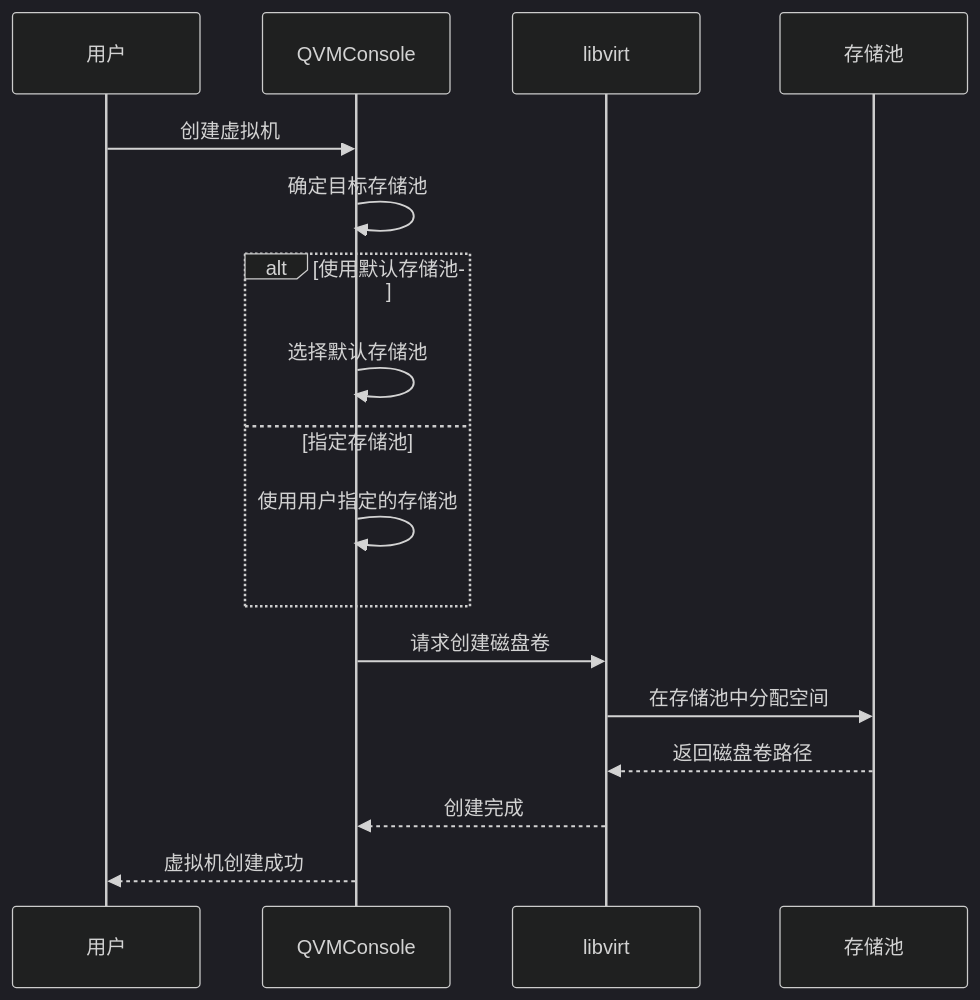
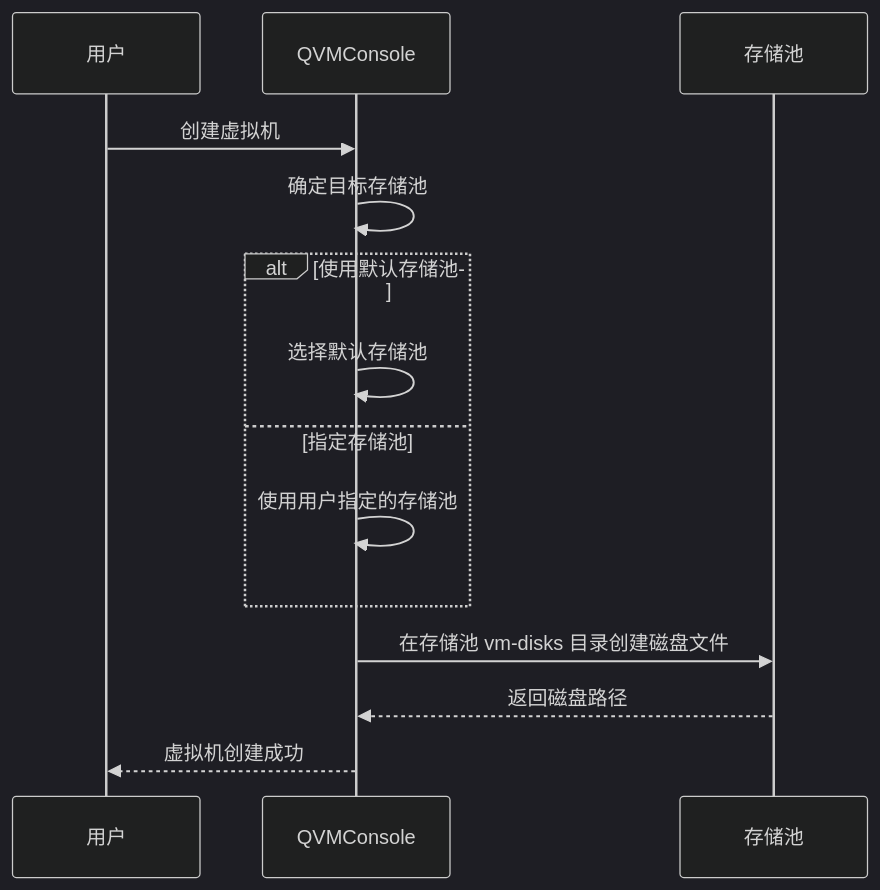
Before and after one commit to QVMConsole/docs: the third of 3 diagrams in docs/storage-pool/storage-pool-management.mdx, drawn with Mermaid (dark theme). The commit also changed other lines of this file and 37 other files, not shown here.

````diff
--- a/docs/storage-pool/storage-pool-management.mdx
+++ b/docs/storage-pool/storage-pool-management.mdx
@@ -183,20 +197,17 @@
 ```mermaid
 sequenceDiagram
     participant U as 用户
     participant Q as QVMConsole
-    participant L as libvirt
     participant S as 存储池
-    
+
     U->>Q: 创建虚拟机
     Q->>Q: 确定目标存储池
     alt 使用默认存储池
         Q->>Q: 选择默认存储池
     else 指定存储池
         Q->>Q: 使用用户指定的存储池
     end
-    Q->>L: 请求创建磁盘卷
-    L->>S: 在存储池中分配空间
-    S-->>L: 返回磁盘卷路径
-    L-->>Q: 创建完成
+    Q->>S: 在存储池 vm-disks 目录创建磁盘文件
+    S-->>Q: 返回磁盘路径
     Q-->>U: 虚拟机创建成功
 ```
````
